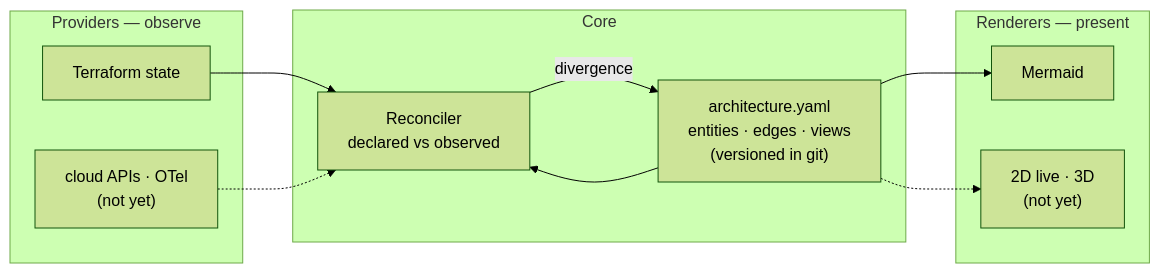
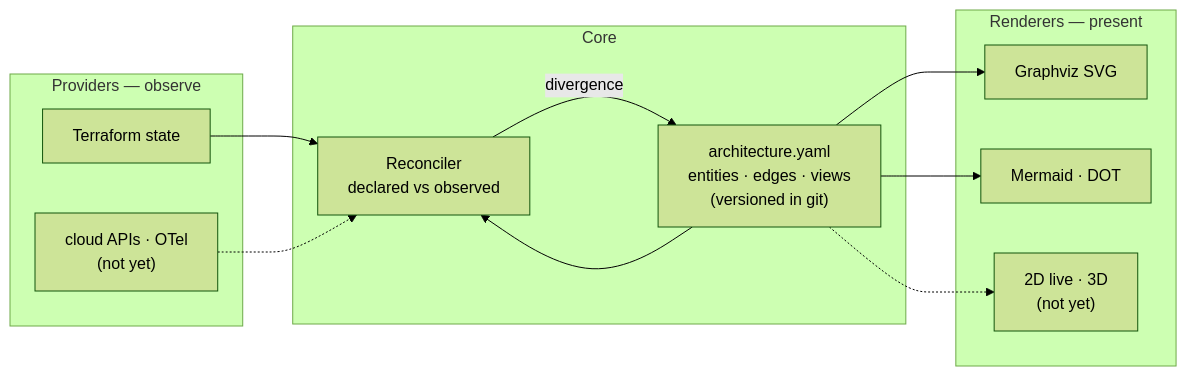
One commit to brignano/driftwood changed the first of 2 diagrams in README.md. Above: the diagram before and after it, drawn with Mermaid (forest theme). The commit also changed other lines of this file and 20 other files, not shown here.

````diff
--- a/README.md
+++ b/README.md
@@ -63,21 +63,23 @@
 ```mermaid
 flowchart LR
     subgraph Providers["Providers — observe"]
         TF["Terraform state"]
         SOON["cloud APIs · OTel<br/>(not yet)"]
     end
     subgraph Core["Core"]
         MODEL["architecture.yaml<br/>entities · edges · views<br/>(versioned in git)"]
         REC["Reconciler<br/>declared vs observed"]
     end
     subgraph Renderers["Renderers — present"]
-        MMD["Mermaid"]
+        GV["Graphviz SVG"]
+        MMD["Mermaid · DOT"]
         LATER["2D live · 3D<br/>(not yet)"]
     end
     TF --> REC
     SOON -.-> REC
     MODEL --> REC
     REC -->|"divergence"| MODEL
+    MODEL --> GV
     MODEL --> MMD
     MODEL -.-> LATER
 ```
````
